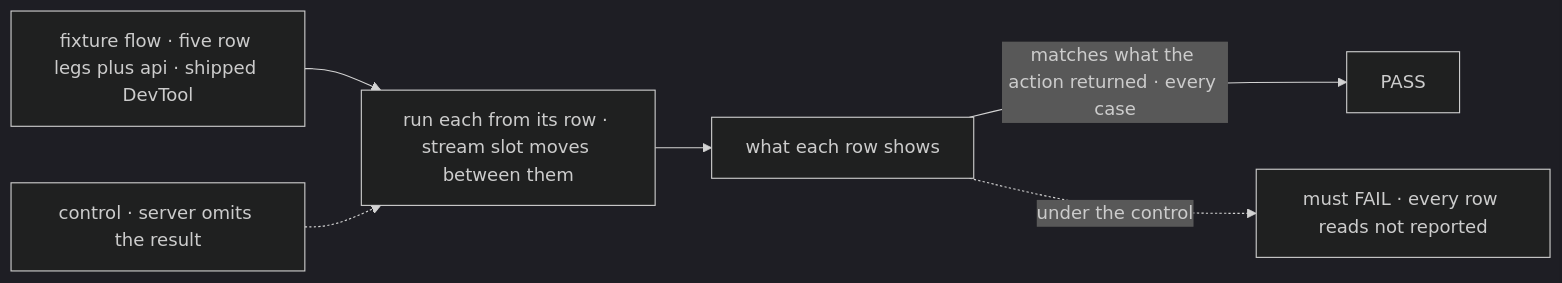
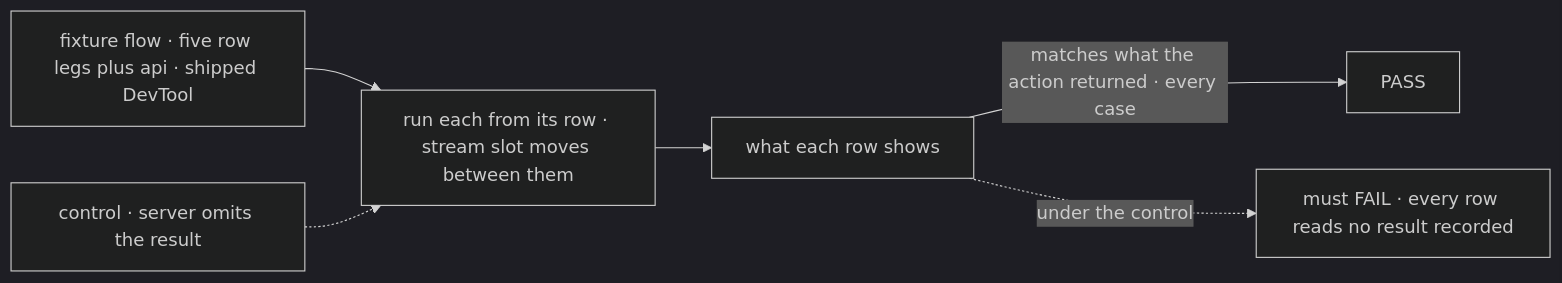
Before and after one commit to fixpoint-labs/flow-state-dev: the first of 2 diagrams in specs/issues/FIX-1661/SPEC.md, drawn with Mermaid (dark theme). The commit also changed other lines of this file and 6 other files, not shown here.

````diff
--- a/specs/issues/FIX-1661/SPEC.md
+++ b/specs/issues/FIX-1661/SPEC.md
@@ -36,8 +36,8 @@
 ```mermaid
 flowchart LR
   H["fixture flow · five row legs plus api · shipped DevTool"] --> R["run each from its row · stream slot moves between them"]
   R --> S["what each row shows"]
   S -->|"matches what the action returned · every case"| P["PASS"]
   C["control · server omits the result"] -.-> R
-  S -.->|"under the control"| F["must FAIL · every row reads not reported"]
+  S -.->|"under the control"| F["must FAIL · every row reads no result recorded"]
 ```
````
